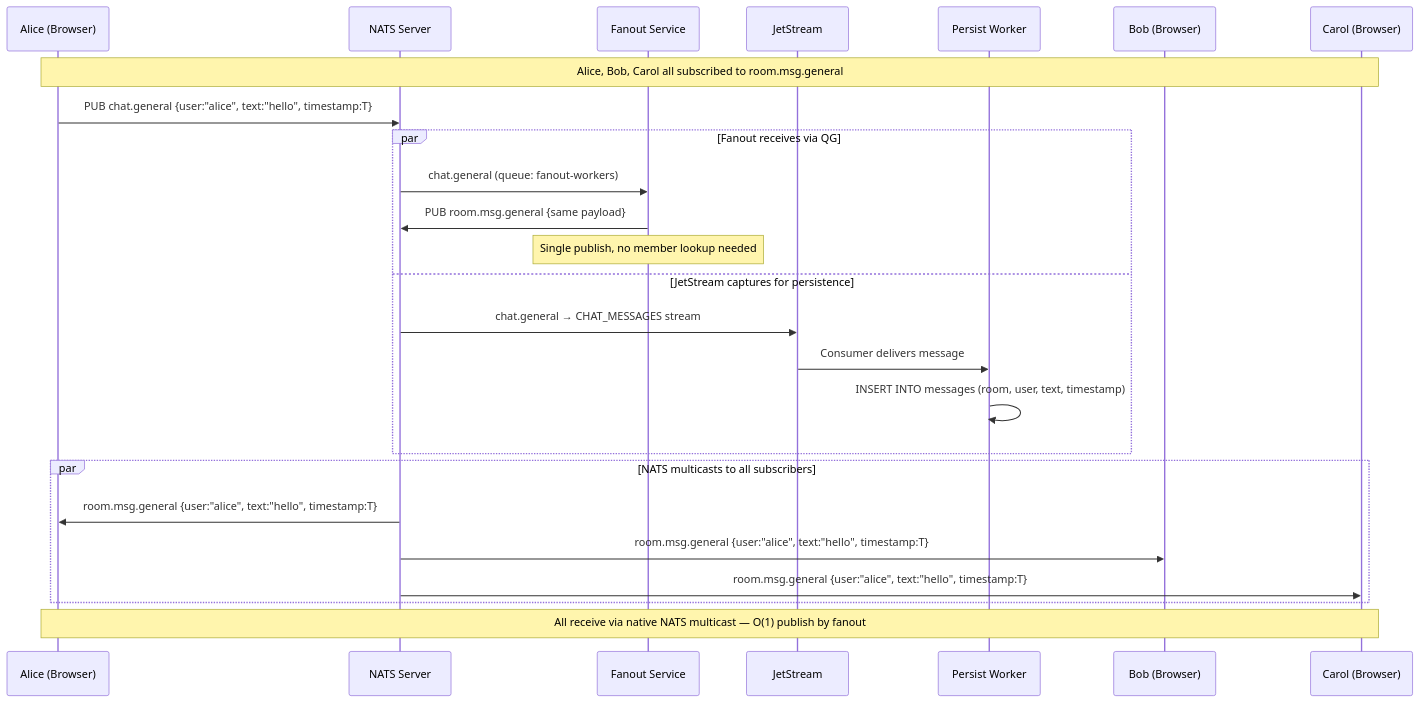
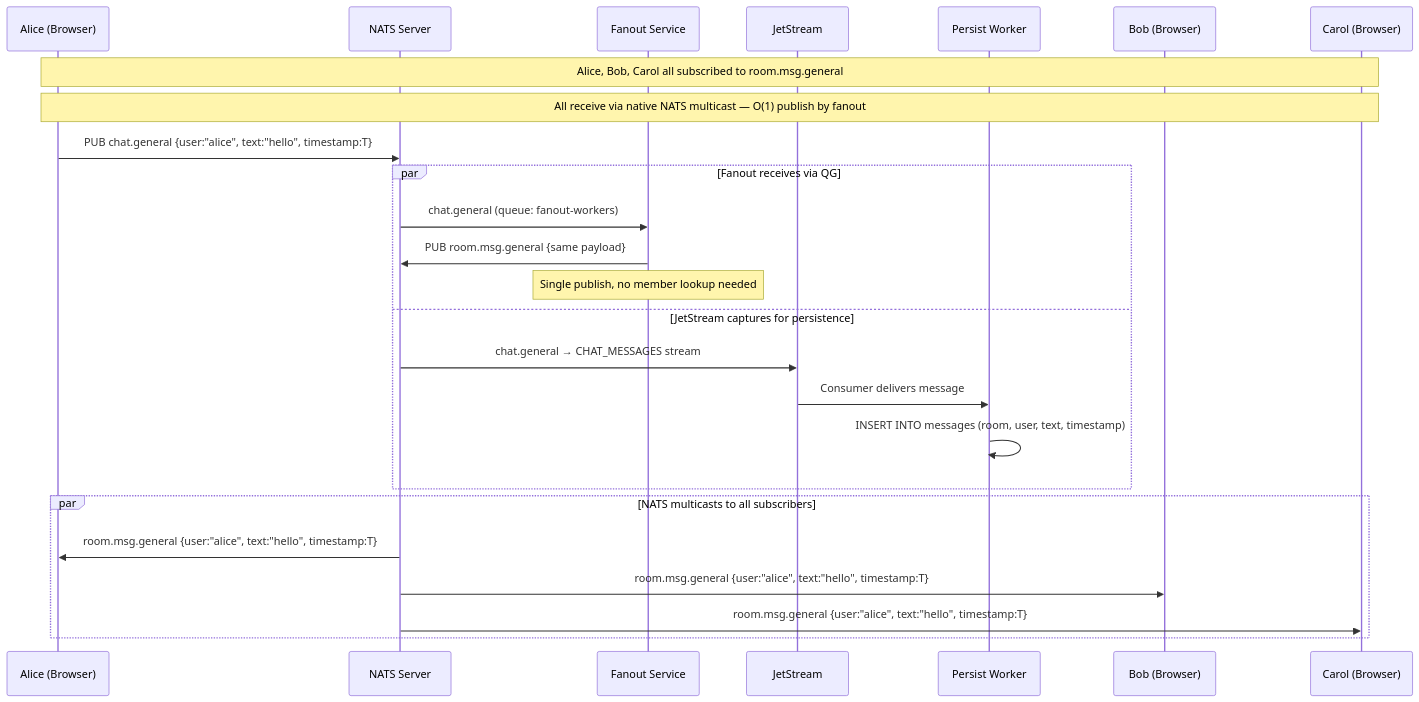
The first of 15 diagrams in docs/plans/2026-02-25-room-subscription-design.md (julianshen/nats-chat-keycloak), drawn with Mermaid before and after one commit.

````diff
--- a/docs/plans/2026-02-25-room-subscription-design.md
+++ b/docs/plans/2026-02-25-room-subscription-design.md
@@ -41,32 +41,33 @@
 ```mermaid
 sequenceDiagram
     participant Alice as Alice (Browser)
     participant NATS as NATS Server
     participant Fanout as Fanout Service
     participant JS as JetStream
     participant Persist as Persist Worker
     participant Bob as Bob (Browser)
     participant Carol as Carol (Browser)
 
     Note over Alice,Carol: Alice, Bob, Carol all subscribed to room.msg.general
+    Note over Alice,Carol: All receive via native NATS multicast — O(1) publish by fanout
 
     Alice->>NATS: PUB chat.general {user:"alice", text:"hello", timestamp:T}
 
     par Fanout receives via QG
         NATS->>Fanout: chat.general (queue: fanout-workers)
         Fanout->>NATS: PUB room.msg.general {same payload}
         Note over Fanout: Single publish, no member lookup needed
     and JetStream captures for persistence
         NATS->>JS: chat.general → CHAT_MESSAGES stream
         JS->>Persist: Consumer delivers message
         Persist->>Persist: INSERT INTO messages (room, user, text, timestamp)
     end
 
     par NATS multicasts to all subscribers
         NATS->>Alice: room.msg.general {user:"alice", text:"hello", timestamp:T}
         NATS->>Bob: room.msg.general {user:"alice", text:"hello", timestamp:T}
         NATS->>Carol: room.msg.general {user:"alice", text:"hello", timestamp:T}
     end
 
-    Note over Alice,Carol: All receive via native NATS multicast — O(1) publish by fanout
+    
 ```
````
